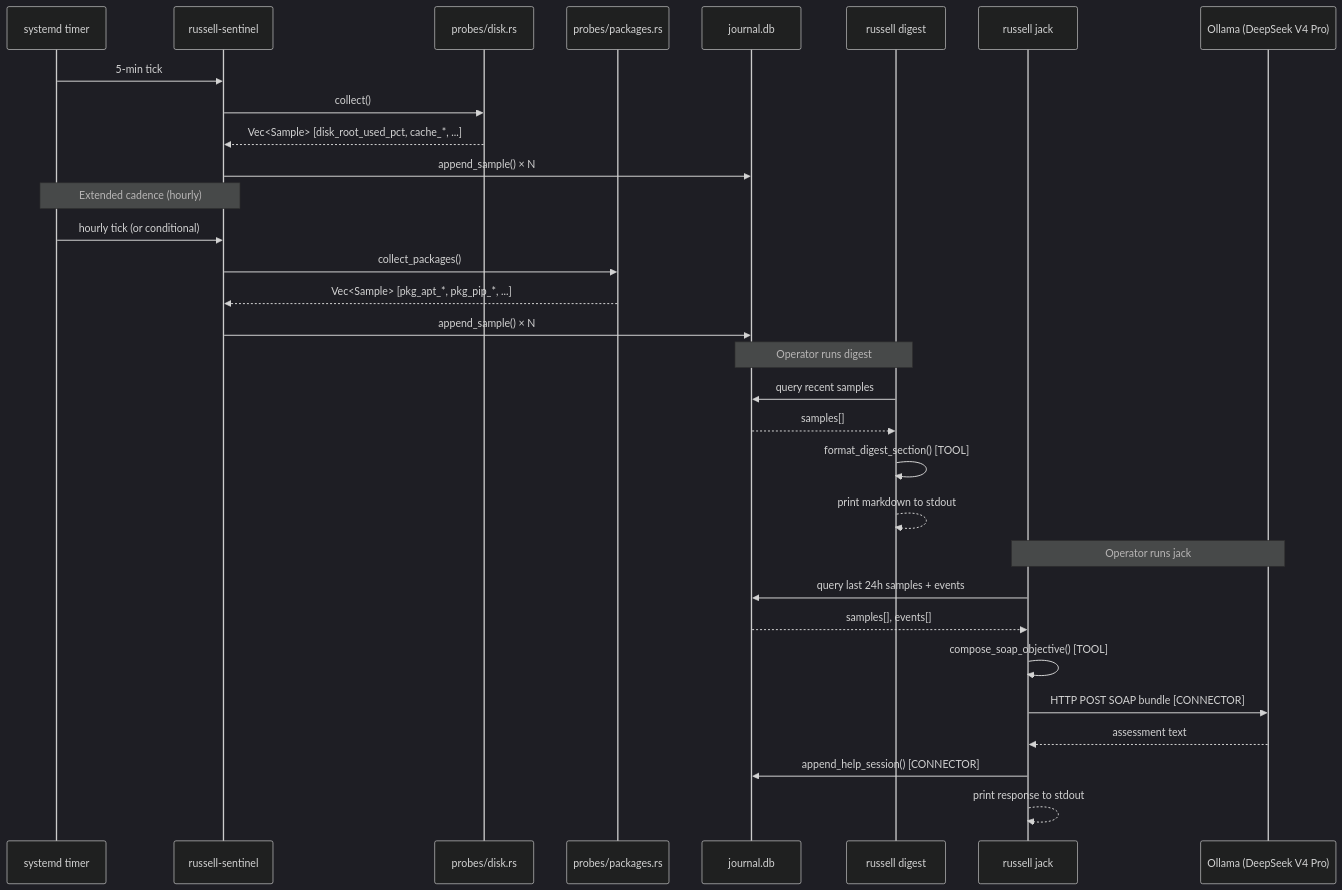
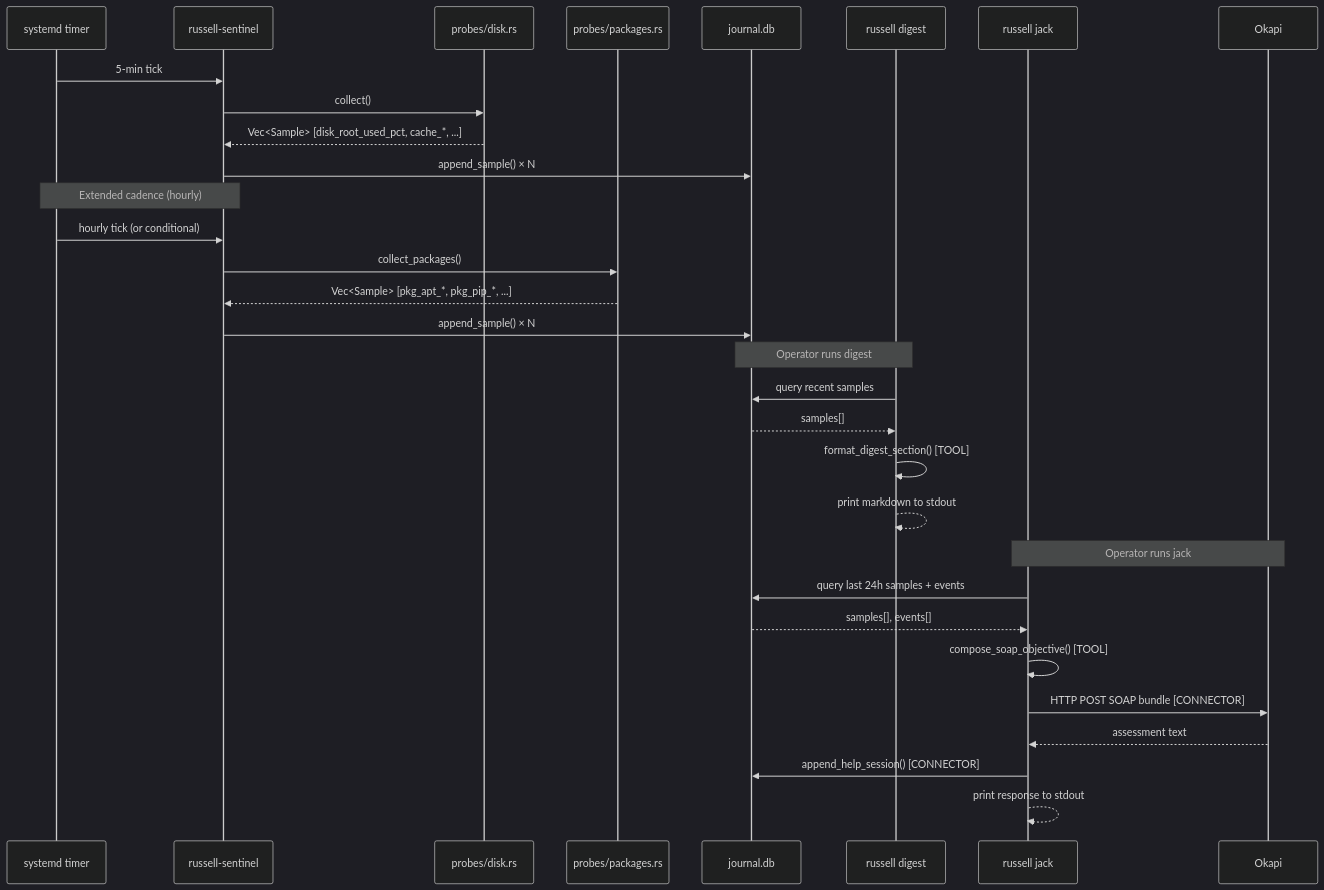
The diagram in docs/specifications/disk-pkg-hygiene/05-integration.md (mdz-axo/russell), drawn with Mermaid (dark theme) before and after one commit. The commit also changed other lines of this file and 25 other files, not shown here.

````diff
--- a/docs/specifications/disk-pkg-hygiene/05-integration.md
+++ b/docs/specifications/disk-pkg-hygiene/05-integration.md
@@ -130,37 +130,37 @@
 ```mermaid
 sequenceDiagram
     participant Timer as systemd timer
     participant Sentinel as russell-sentinel
     participant DiskProbes as probes/disk.rs
     participant PkgProbes as probes/packages.rs
     participant Journal as journal.db
     participant Digest as russell digest
     participant Doctor as russell jack
-    participant LLM as Ollama (DeepSeek V4 Pro)
+    participant LLM as Okapi
 
     Timer->>Sentinel: 5-min tick
     Sentinel->>DiskProbes: collect()
     DiskProbes-->>Sentinel: Vec<Sample> [disk_root_used_pct, cache_*, ...]
     Sentinel->>Journal: append_sample() × N
 
     Note over Timer,Sentinel: Extended cadence (hourly)
     Timer->>Sentinel: hourly tick (or conditional)
     Sentinel->>PkgProbes: collect_packages()
     PkgProbes-->>Sentinel: Vec<Sample> [pkg_apt_*, pkg_pip_*, ...]
     Sentinel->>Journal: append_sample() × N
 
     Note over Digest,Journal: Operator runs digest
     Digest->>Journal: query recent samples
     Journal-->>Digest: samples[]
     Digest->>Digest: format_digest_section() [TOOL]
     Digest-->>Digest: print markdown to stdout
 
     Note over Doctor,LLM: Operator runs jack
     Doctor->>Journal: query last 24h samples + events
     Journal-->>Doctor: samples[], events[]
     Doctor->>Doctor: compose_soap_objective() [TOOL]
     Doctor->>LLM: HTTP POST SOAP bundle [CONNECTOR]
     LLM-->>Doctor: assessment text
     Doctor->>Journal: append_help_session() [CONNECTOR]
     Doctor-->>Doctor: print response to stdout
 ```
````
